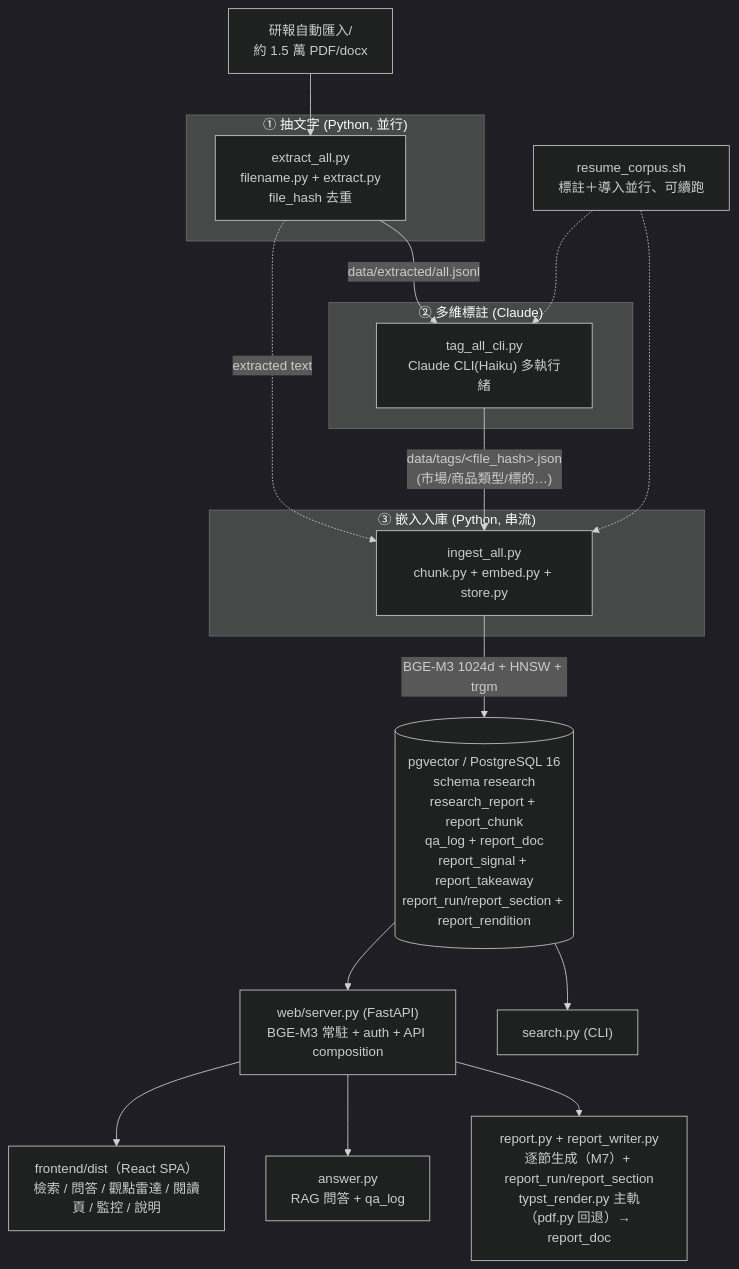
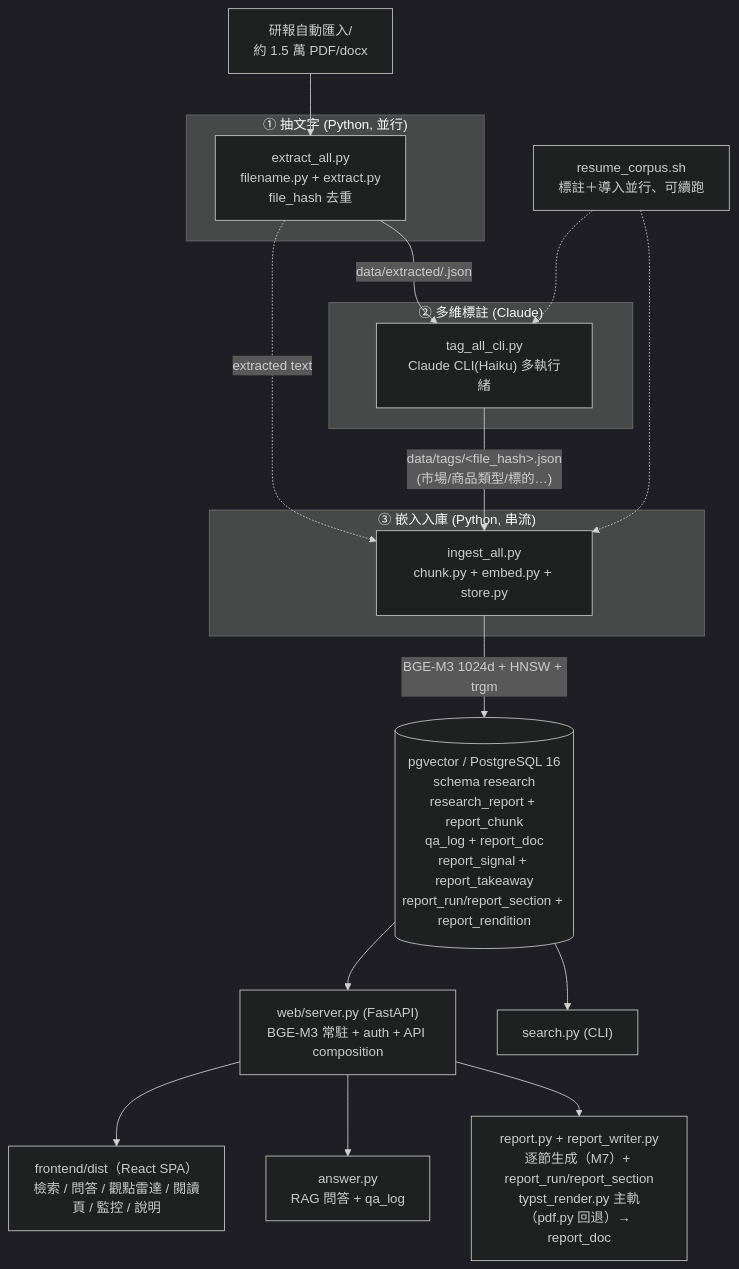
The diagram in docs/WORKFLOW.md (FPI-TW/report-research), drawn with Mermaid (dark theme) before and after one commit. The commit also changed other lines of this file and 11 other files, not shown here.

````diff
--- a/docs/WORKFLOW.md
+++ b/docs/WORKFLOW.md
@@ -13,31 +13,31 @@
 ```mermaid
 flowchart TD
     SRC["研報自動匯入/<br/>約 1.5 萬 PDF/docx"]
 
     subgraph PY1["① 抽文字 (Python, 並行)"]
       EX["extract_all.py<br/>filename.py + extract.py<br/>file_hash 去重"]
     end
     subgraph CL["② 多維標註 (Claude)"]
       TG["tag_all_cli.py<br/>Claude CLI(Haiku) 多執行緒"]
     end
     subgraph PY3["③ 嵌入入庫 (Python, 串流)"]
       IN["ingest_all.py<br/>chunk.py + embed.py + store.py"]
     end
 
     DB[("pgvector / PostgreSQL 16<br/>schema research<br/>research_report + report_chunk<br/>qa_log + report_doc<br/>report_signal + report_takeaway<br/>report_run/report_section + report_rendition")]
 
     SRC --> EX
-    EX -->|"data/extracted/all.jsonl"| TG
+    EX -->|"data/extracted/<hash>.json"| TG
     EX -.->|"extracted text"| IN
     TG -->|"data/tags/&lt;file_hash&gt;.json<br/>(市場/商品類型/標的…)"| IN
     IN -->|"BGE-M3 1024d + HNSW + trgm"| DB
 
     ORC["resume_corpus.sh<br/>標註＋導入並行、可續跑"] -.-> TG
     ORC -.-> IN
 
     DB --> WEB["web/server.py (FastAPI)<br/>BGE-M3 常駐 + auth + API composition"]
     DB --> CLI["search.py (CLI)"]
     WEB --> UI["frontend/dist（React SPA）<br/>檢索 / 問答 / 觀點雷達 / 閱讀頁 / 監控 / 說明"]
     WEB --> QA["answer.py<br/>RAG 問答 + qa_log"]
     WEB --> RP["report.py + report_writer.py<br/>逐節生成（M7）+ report_run/report_section<br/>typst_render.py 主軌（pdf.py 回退）→ report_doc"]
 ```
````
